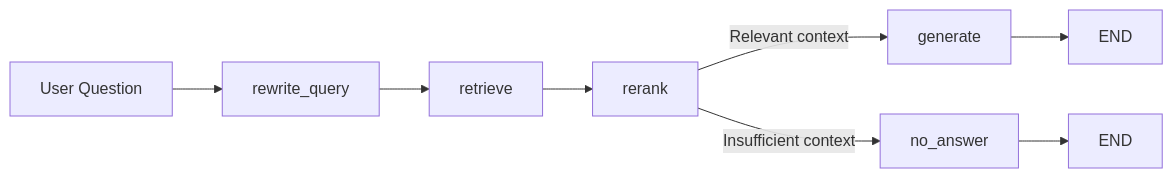
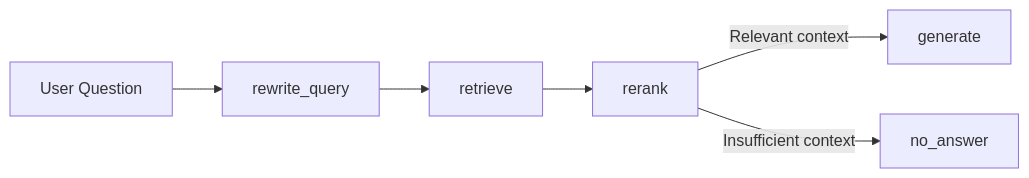
Before and after one commit to RobertStec/RobBotGPT: the second of 4 diagrams in README.md, drawn with Mermaid. The commit also changed other lines of this file, not shown here.

````diff
--- a/README.md
+++ b/README.md
@@ -97,19 +149,16 @@
 ```mermaid
 flowchart LR
     Q[User Question]
     RW[rewrite_query]
     RET[retrieve]
     RR[rerank]
     GEN[generate]
     NA[no_answer]
 
     Q --> RW
     RW --> RET
     RET --> RR
 
     RR -->|Relevant context| GEN
     RR -->|Insufficient context| NA
-
-    GEN --> END1[END]
-    NA --> END2[END]
 ```
````
